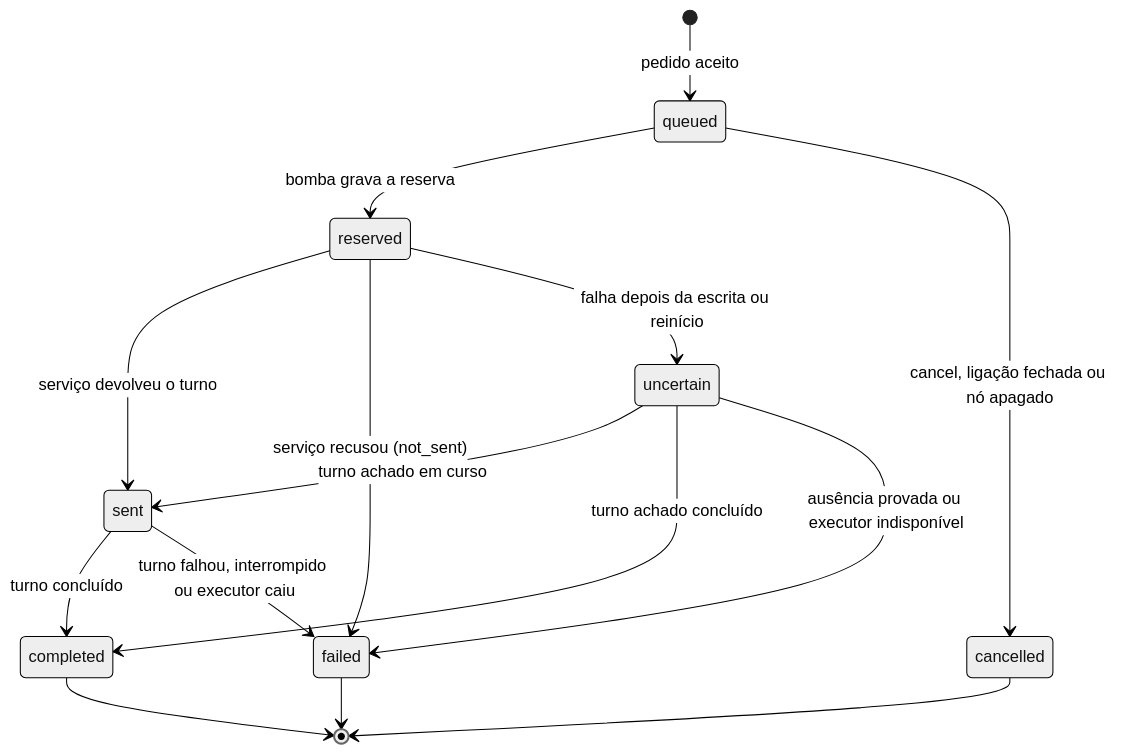
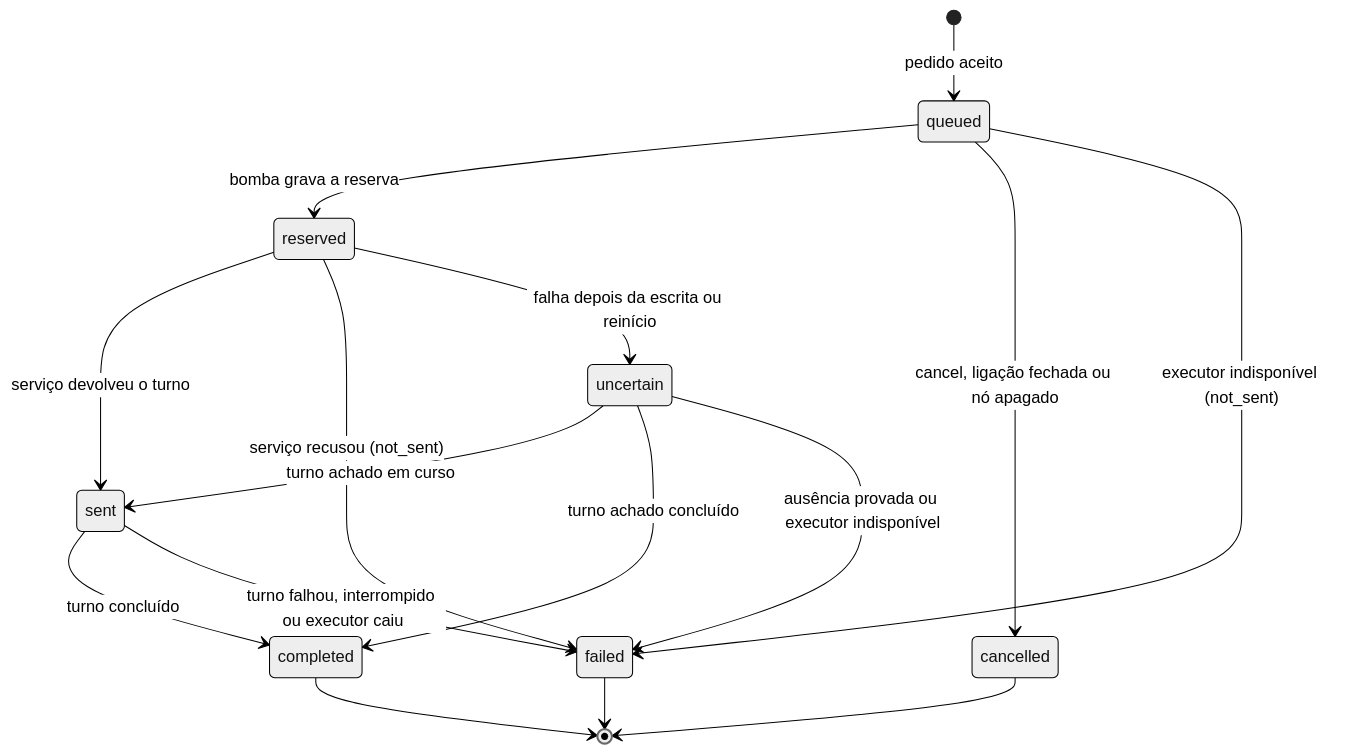
One commit to nevesbruno/assisto-glimpse changed the diagram in docs/architecture/ADR-orchestration-dispatch-and-surface.md. Above: the diagram before and after it, drawn with Mermaid. The commit also changed other lines of this file and 6 other files, not shown here.

````diff
--- a/docs/architecture/ADR-orchestration-dispatch-and-surface.md
+++ b/docs/architecture/ADR-orchestration-dispatch-and-surface.md
@@ -56,18 +56,19 @@
 ```mermaid
 %%{init: {'theme': 'neutral'}}%%
 stateDiagram-v2
   [*] --> queued: pedido aceito
   queued --> reserved: bomba grava a reserva
   queued --> cancelled: cancel, ligação fechada ou nó apagado
+  queued --> failed: executor indisponível (not_sent)
   reserved --> sent: serviço devolveu o turno
   reserved --> failed: serviço recusou (not_sent)
   reserved --> uncertain: falha depois da escrita ou reinício
   uncertain --> sent: turno achado em curso
   uncertain --> completed: turno achado concluído
   uncertain --> failed: ausência provada ou executor indisponível
   sent --> completed: turno concluído
   sent --> failed: turno falhou, interrompido ou executor caiu
   completed --> [*]
   failed --> [*]
   cancelled --> [*]
 ```
````
